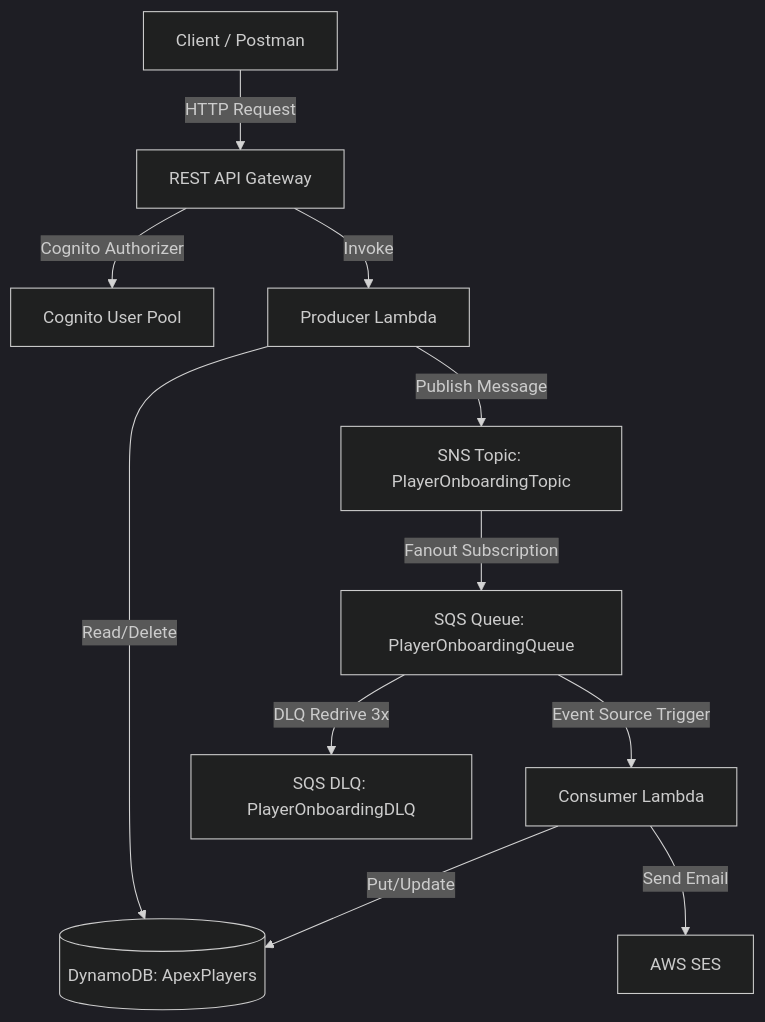
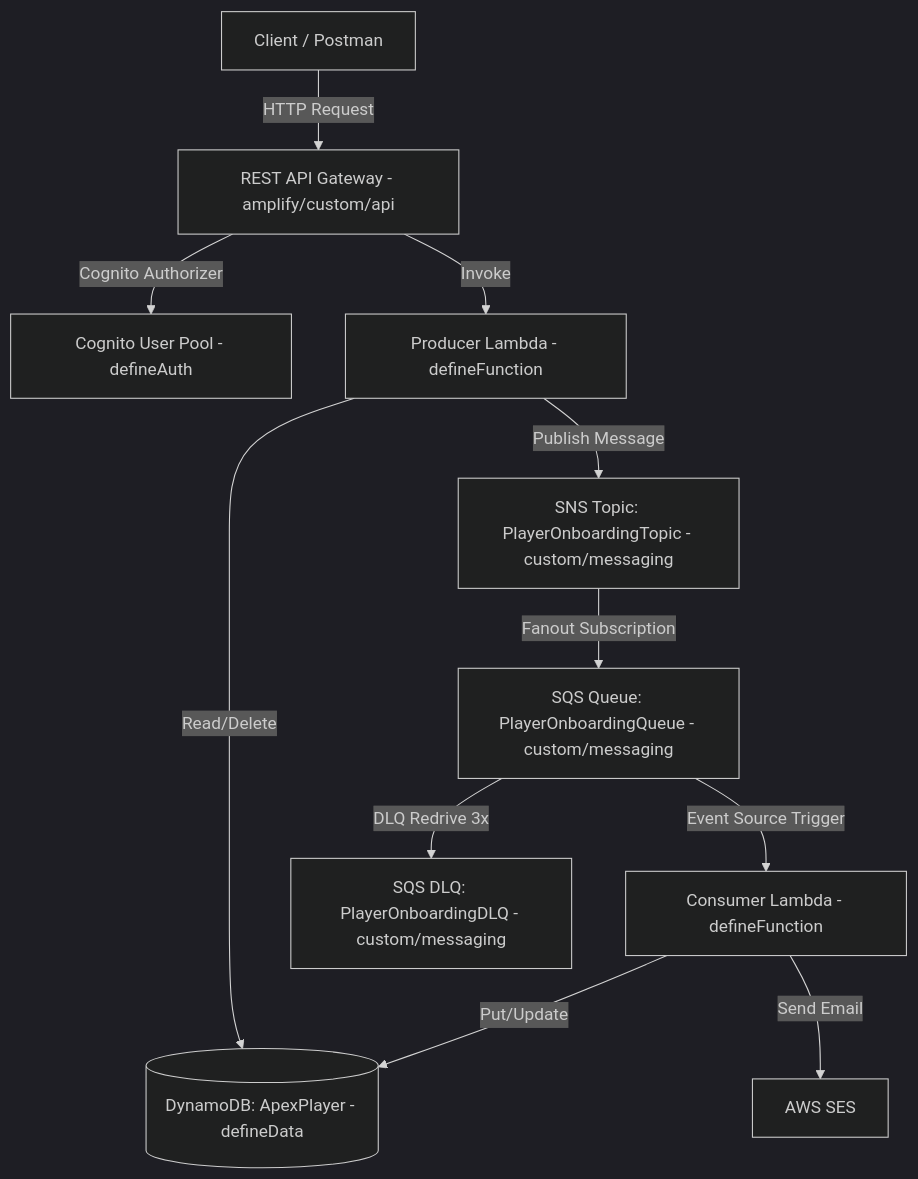
The diagram in docs/AWS_INFRASTRUCTURE_LEARNING_GUIDE.md (quannguyen-agilityio/aws-training-backend), drawn with Mermaid (dark theme) before and after one commit. The commit also changed other lines of this file and 8 other files, not shown here.

````diff
--- a/docs/AWS_INFRASTRUCTURE_LEARNING_GUIDE.md
+++ b/docs/AWS_INFRASTRUCTURE_LEARNING_GUIDE.md
@@ -27,13 +50,13 @@
 ```mermaid
 graph TD
-    Client[Client / Postman] -->|HTTP Request| API[REST API Gateway]
-    API -->|Cognito Authorizer| Auth[Cognito User Pool]
-    API -->|Invoke| ProdLambda[Producer Lambda]
-    ProdLambda -->|Read/Delete| DDB[(DynamoDB: ApexPlayers)]
-    ProdLambda -->|Publish Message| SNS[SNS Topic: PlayerOnboardingTopic]
-    SNS -->|Fanout Subscription| SQS[SQS Queue: PlayerOnboardingQueue]
-    SQS -->|DLQ Redrive 3x| DLQ[SQS DLQ: PlayerOnboardingDLQ]
-    SQS -->|Event Source Trigger| ConsLambda[Consumer Lambda]
+    Client[Client / Postman] -->|HTTP Request| API[REST API Gateway - amplify/custom/api]
+    API -->|Cognito Authorizer| Auth[Cognito User Pool - defineAuth]
+    API -->|Invoke| ProdLambda[Producer Lambda - defineFunction]
+    ProdLambda -->|Read/Delete| DDB[(DynamoDB: ApexPlayer - defineData)]
+    ProdLambda -->|Publish Message| SNS[SNS Topic: PlayerOnboardingTopic - custom/messaging]
+    SNS -->|Fanout Subscription| SQS[SQS Queue: PlayerOnboardingQueue - custom/messaging]
+    SQS -->|DLQ Redrive 3x| DLQ[SQS DLQ: PlayerOnboardingDLQ - custom/messaging]
+    SQS -->|Event Source Trigger| ConsLambda[Consumer Lambda - defineFunction]
     ConsLambda -->|Put/Update| DDB
     ConsLambda -->|Send Email| SES[AWS SES]
 ```
````
